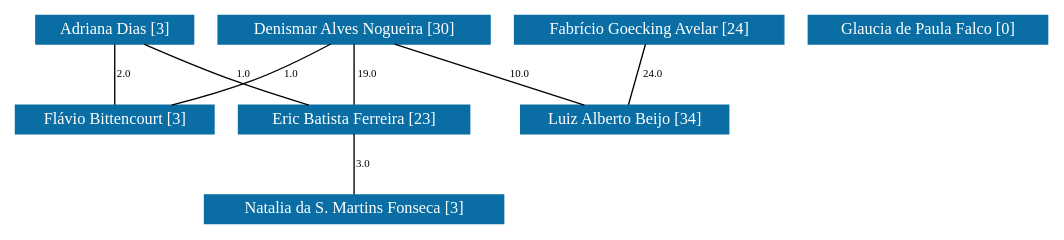
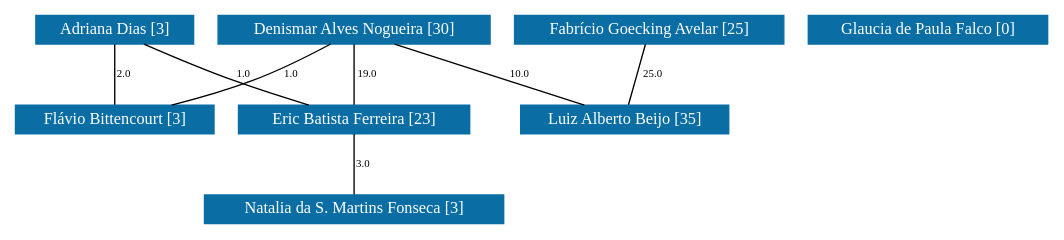
Before and after one commit to icamps/unifal-lattes.github.io: the diagram in de/grafoDeColaboracoesComPesos.dot, drawn with Graphviz. The commit also changed 730 other files, not shown here.

```diff
--- a/de/grafoDeColaboracoesComPesos.dot
+++ b/de/grafoDeColaboracoesComPesos.dot
@@ -1,95 +1,95 @@
 strict graph grafo2 {
 	graph [bb="0,0,624.5,153",
 		id=grafo2,
 		overlap=False
 	];
 	node [fontsize=12,
 		label="\N",
 		shape=rectangle,
 		style=filled
 	];
 	0	 [URL="membro-9808310940421979.html",
 		color="#0A6EA4",
 		fontcolor="#FFFFFF",
 		height=0.29167,
 		label="Adriana Dias [3]",
 		pos="58.5,142.5",
 		width=1.3333];
 	2	 [URL="membro-9965398009651936.html",
 		color="#0A6EA4",
 		fontcolor="#FFFFFF",
 		height=0.29167,
 		label="Eric Batista Ferreira [23]",
 		pos="205.5,76.5",
 		width=1.8889];
 	0 -- 2	 [fontsize=8,
 		label=1.0,
 		lp="115.5,109.5",
 		pos="70.567,132 80.654,123.68 95.726,112.29 110.5,105 125.79,97.461 143.46,91.49 159.39,87.003"];
 	4	 [URL="membro-6581499944728910.html",
 		color="#0A6EA4",
 		fontcolor="#FFFFFF",
 		height=0.29167,
 		label="Flávio Bittencourt [3]",
 		pos="59.5,76.5",
 		width=1.6528];
 	0 -- 4	 [fontsize=8,
 		label=2.0,
 		lp="64.5,109.5",
 		pos="58.661,131.9 58.846,119.65 59.15,99.622 59.336,87.297"];
 	7	 [URL="membro-3374954104030940.html",
 		color="#0A6EA4",
 		fontcolor="#FFFFFF",
 		height=0.29167,
 		label="Natalia da S. Martins Fonseca [3]",
 		pos="205.5,10.5",
 		width=2.4444];
 	2 -- 7	 [fontsize=8,
 		label=3.0,
 		lp="210.5,43.5",
 		pos="205.5,65.896 205.5,53.653 205.5,33.622 205.5,21.297"];
 	1	 [URL="membro-3858924778362309.html",
 		color="#0A6EA4",
 		fontcolor="#FFFFFF",
 		height=0.29167,
 		label="Denismar Alves Nogueira [30]",
 		pos="205.5,142.5",
 		width=2.2361];
 	1 -- 2	 [fontsize=8,
 		label=19.0,
 		lp="212.5,109.5",
 		pos="205.5,131.9 205.5,119.65 205.5,99.622 205.5,87.297"];
 	1 -- 4	 [fontsize=8,
 		label=1.0,
 		lp="146.5,109.5",
 		pos="182.04,131.9 154.8,119.58 110.12,99.383 82.899,87.078"];
 	6	 [URL="membro-8194104388434526.html",
 		color="#0A6EA4",
 		fontcolor="#FFFFFF",
 		height=0.29167,
-		label="Luiz Alberto Beijo [34]",
+		label="Luiz Alberto Beijo [35]",
 		pos="370.5,76.5",
 		width=1.7778];
 	1 -- 6	 [fontsize=8,
 		label=10.0,
 		lp="305.5,109.5",
 		pos="232.01,131.9 262.8,119.58 313.29,99.383 344.06,87.078"];
 	3	 [URL="membro-6886514520601172.html",
 		color="#0A6EA4",
 		fontcolor="#FFFFFF",
 		height=0.29167,
-		label="Fabrício Goecking Avelar [24]",
+		label="Fabrício Goecking Avelar [25]",
 		pos="384.5,142.5",
 		width=2.2222];
 	3 -- 6	 [fontsize=8,
-		label=24.0,
+		label=25.0,
 		lp="385.5,109.5",
 		pos="382.25,131.9 379.65,119.65 375.4,99.622 372.79,87.297"];
 	5	 [URL="membro-4404511957654050.html",
 		color="#0A6EA4",
 		fontcolor="#FFFFFF",
 		height=0.29167,
 		label="Glaucia de Paula Falco [0]",
 		pos="553.5,142.5",
 		width=1.9722];
 }
```
